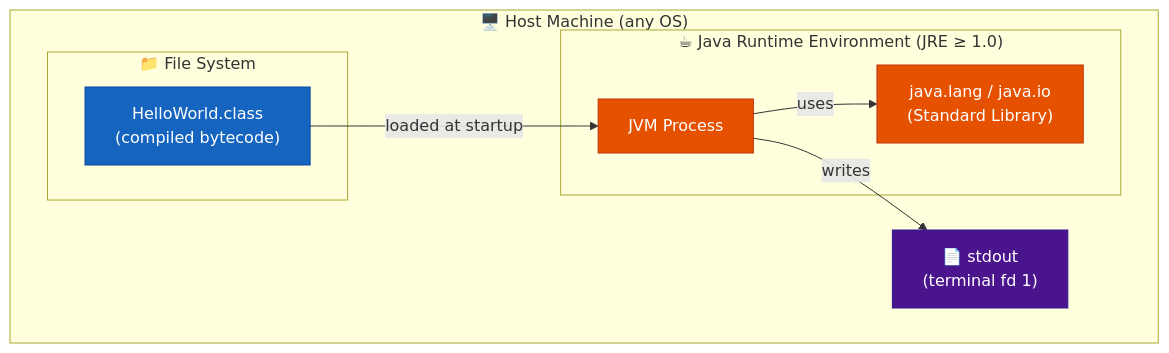
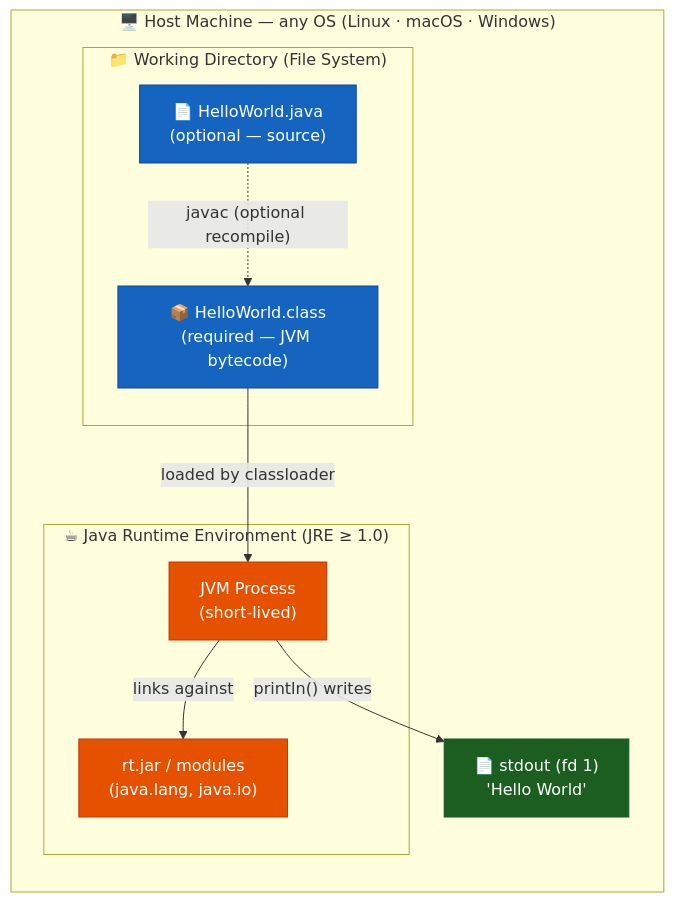
Before and after one commit to ktruchcz/copilot-test-ktruchcz: diagram 13 of 21 in arc42-documentation.md, drawn with Mermaid. The commit also changed other lines of this file, not shown here.

First line of the commit message:
Generate comprehensive arc42 architecture documentation

````diff
--- a/arc42-documentation.md
+++ b/arc42-documentation.md
@@ -365,24 +540,29 @@
 ```mermaid
 graph TB
-    classDef machine fill:#37474F,stroke:#263238,color:#fff,font-weight:bold
-    classDef jre fill:#E65100,stroke:#BF360C,color:#fff
+    classDef machine fill:#263238,stroke:#37474F,color:#fff,font-weight:bold
+    classDef jdk fill:#E65100,stroke:#BF360C,color:#fff
     classDef artifact fill:#1565C0,stroke:#0D47A1,color:#fff
     classDef fs fill:#4A148C,stroke:#311B92,color:#fff
+    classDef terminal fill:#1B5E20,stroke:#155724,color:#fff
 
-    subgraph HostMachine["🖥️ Host Machine (any OS)"]
-        subgraph FileSystem["📁 File System"]
-            classFile["HelloWorld.class\n(compiled bytecode)"]:::artifact
+    subgraph HostMachine["🖥️  Host Machine — any OS (Linux · macOS · Windows)"]
+        direction TB
+
+        subgraph FileSystem["📁  Working Directory (File System)"]
+            srcFile["📄 HelloWorld.java\n(optional — source)"]:::artifact
+            classFile["📦 HelloWorld.class\n(required — JVM bytecode)"]:::artifact
         end
 
-        subgraph JRE["☕ Java Runtime Environment (JRE ≥ 1.0)"]
-            JVM["JVM Process"]:::jre
-            StdLib["java.lang / java.io\n(Standard Library)"]:::jre
+        subgraph JRE_layer["☕  Java Runtime Environment (JRE ≥ 1.0)"]
+            jvm_proc["JVM Process\n(short-lived)"]:::jdk
+            rtjar["rt.jar / modules\n(java.lang, java.io)"]:::jdk
         end
 
-        stdout["📄 stdout\n(terminal fd 1)"]:::fs
+        terminal_out["📄  stdout (fd 1)\n'Hello World'"]:::terminal
     end
 
-    classFile -->|"loaded at startup"| JVM
-    JVM -->|"uses"| StdLib
-    JVM -->|"writes"| stdout
+    classFile -->|"loaded by classloader"| jvm_proc
+    jvm_proc -->|"links against"| rtjar
+    jvm_proc -->|"println() writes"| terminal_out
+    srcFile  -.->|"javac (optional recompile)"| classFile
 ```
````
